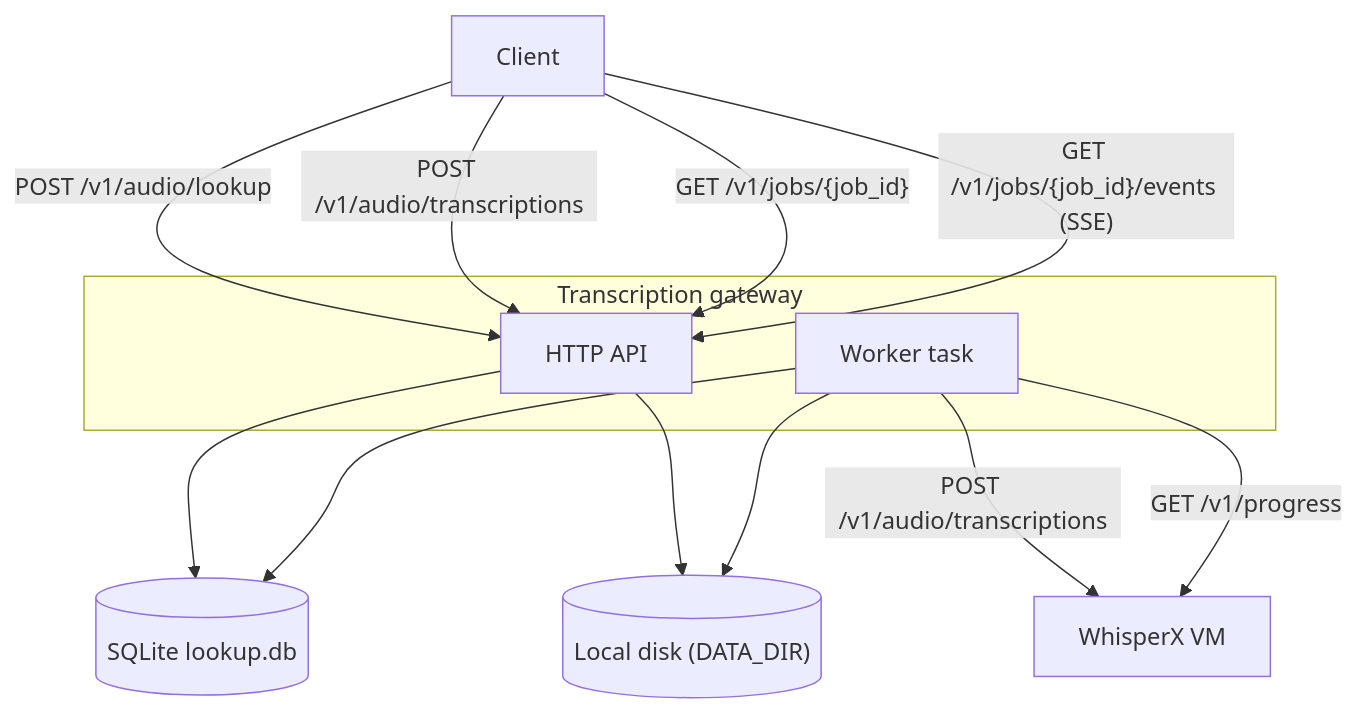
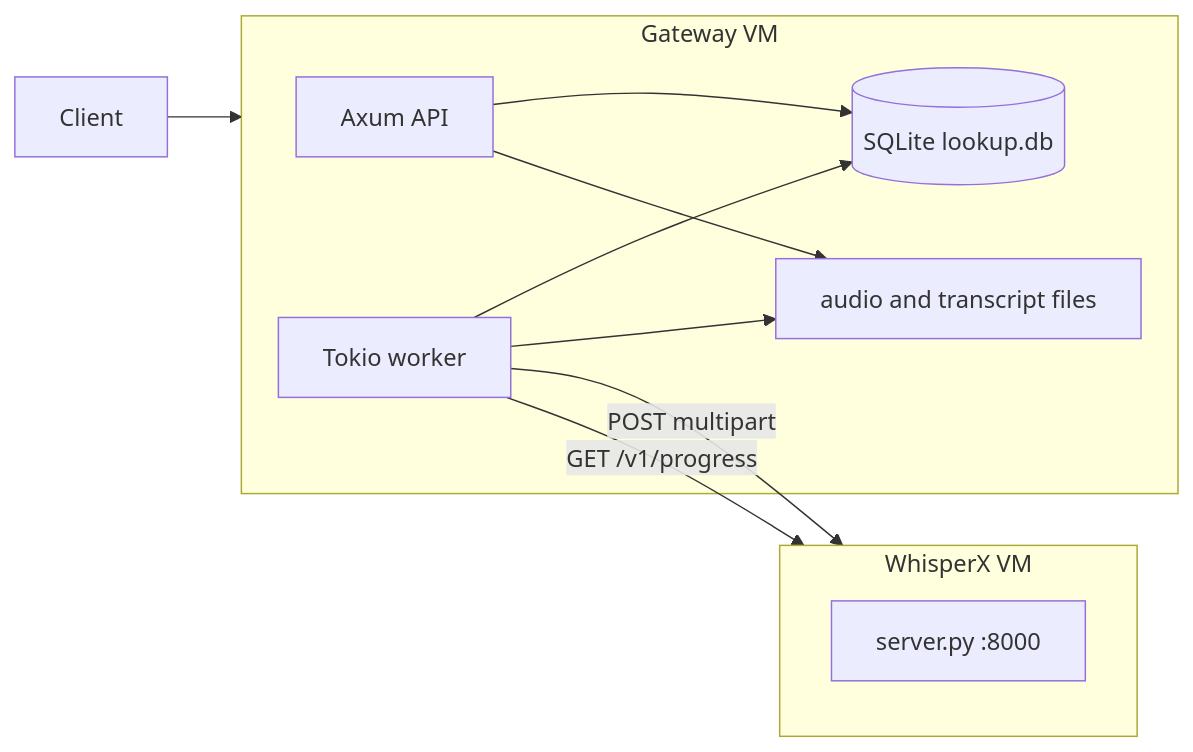
The first of 2 diagrams in README.md (jose-salcedo-sp/transcription-gateway), drawn with Mermaid before and after one commit. The commit also changed other lines of this file, not shown here.

First line of the commit message:
Align README architecture with implementation

````diff
--- a/README.md
+++ b/README.md
@@ -14,25 +15,19 @@
 ```mermaid
-flowchart TB
-  Client[Client]
-
-  subgraph Gateway["Transcription gateway"]
-    API[HTTP API]
-    Worker[Worker task]
+flowchart LR
+  Client --> gatewayVm
+  subgraph gatewayVm [Gateway VM]
+    Axum[Axum API]
+    Worker[Tokio worker]
+    SQLite[(SQLite lookup.db)]
+    Files[audio and transcript files]
+    Axum --> SQLite
+    Axum --> Files
+    Worker --> SQLite
+    Worker --> Files
   end
-
-  SQLite[(SQLite lookup.db)]
-  Disk[("Local disk (DATA_DIR)")]
-  WhisperX[WhisperX VM]
-
-  Client -->|"POST /v1/audio/lookup"| API
-  Client -->|"POST /v1/audio/transcriptions"| API
-  Client -->|"GET /v1/jobs/{job_id}"| API
-  Client -->|"GET /v1/jobs/{job_id}/events (SSE)"| API
-
-  API --> SQLite
-  API --> Disk
-  Worker --> SQLite
-  Worker --> Disk
-  Worker -->|"POST /v1/audio/transcriptions"| WhisperX
-  Worker -->|"GET /v1/progress"| WhisperX
+  Worker -->|POST multipart| whisperxVm
+  Worker -->|GET /v1/progress| whisperxVm
+  subgraph whisperxVm [WhisperX VM]
+    WhisperX[server.py :8000]
+  end
 ```
````
